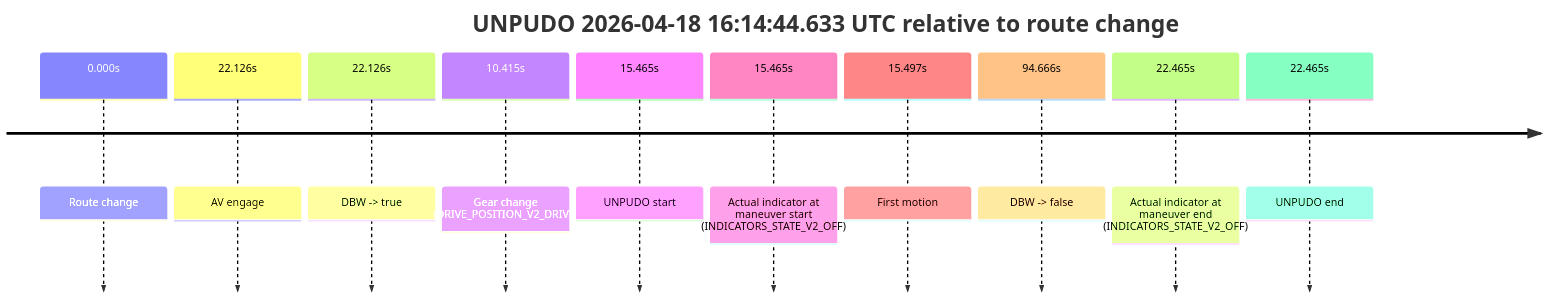
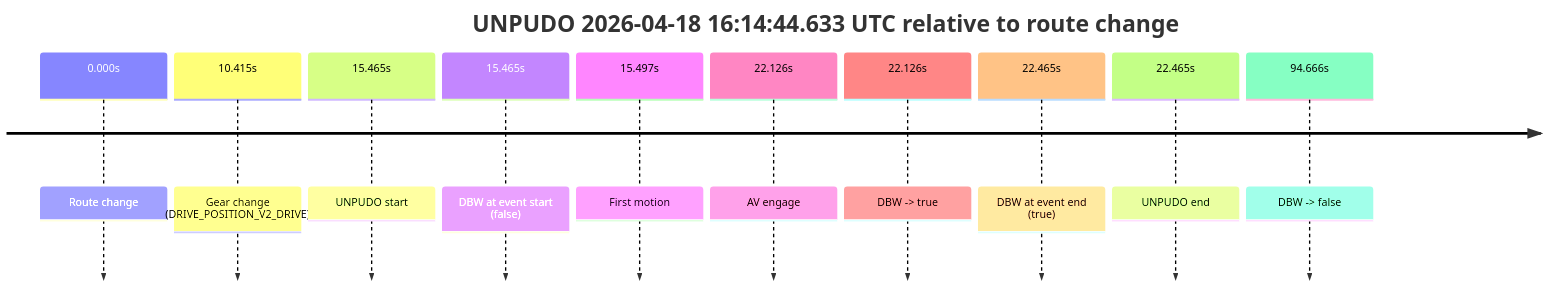
One commit to yoelshapiro/vault changed the first of 6 diagrams in model_analysis/report_cards/2026/04/Week-3/fme10003--2026-04-18--15-31-29--gen2-av-0a9602f5-09da-4760-a83f-84ac5081d7d9.md. Above: the diagram before and after it, drawn with Mermaid. The commit also changed other lines of this file and 32 other files, not shown here.

````diff
--- a/model_analysis/report_cards/2026/04/Week-3/fme10003--2026-04-18--15-31-29--gen2-av-0a9602f5-09da-4760-a83f-84ac5081d7d9.md
+++ b/model_analysis/report_cards/2026/04/Week-3/fme10003--2026-04-18--15-31-29--gen2-av-0a9602f5-09da-4760-a83f-84ac5081d7d9.md
@@ -301,14 +43,14 @@
 ```mermaid
 timeline
     title UNPUDO 2026-04-18 16:14:44.633 UTC relative to route change
     0.000s : Route change
+    10.415s : Gear change (DRIVE_POSITION_V2_DRIVE)
+    15.465s : UNPUDO start
+    15.465s : DBW at event start (false)
+    15.497s : First motion
     22.126s : AV engage
     22.126s : DBW -> true
-    10.415s : Gear change (DRIVE_POSITION_V2_DRIVE)
-    15.465s : UNPUDO start
-    15.465s : Actual indicator at maneuver start (INDICATORS_STATE_V2_OFF)
-    15.497s : First motion
+    22.465s : DBW at event end (true)
+    22.465s : UNPUDO end
     94.666s : DBW -> false
-    22.465s : Actual indicator at maneuver end (INDICATORS_STATE_V2_OFF)
-    22.465s : UNPUDO end
 ```
````
